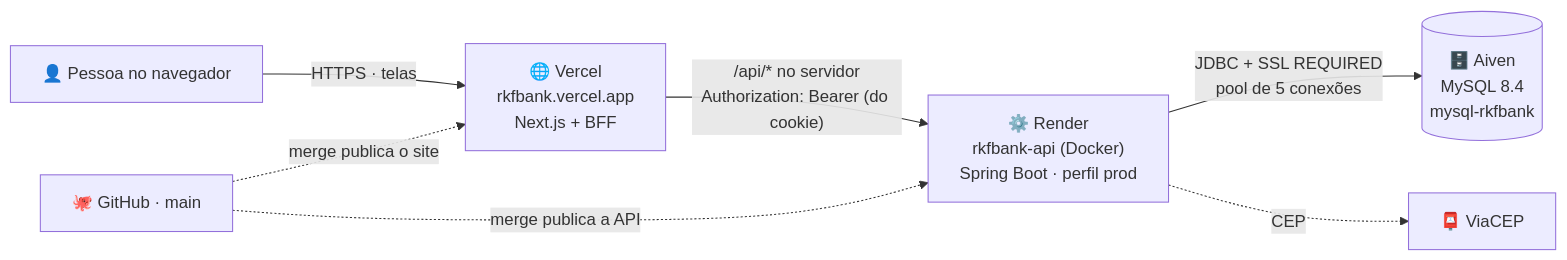
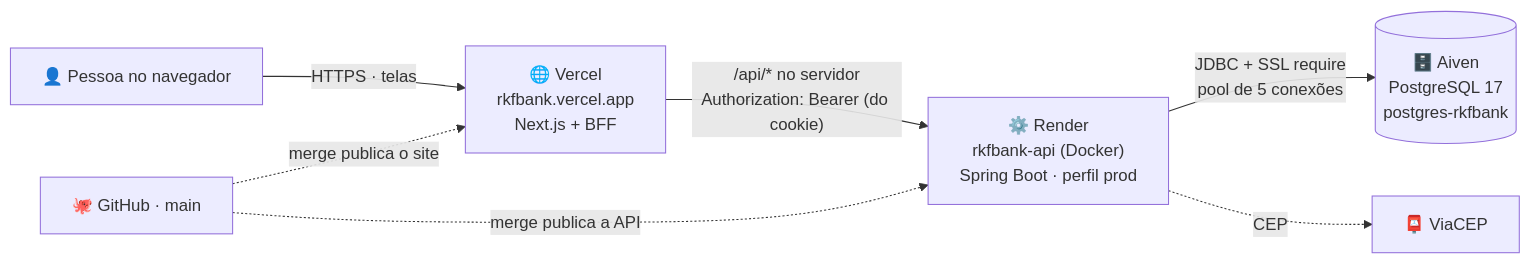
Before and after one commit to k3vinrich4rd/rkf_bank: diagram 13 of 18 in README.md, drawn with Mermaid. The commit also changed other lines of this file and 21 other files, not shown here.

First line of the commit message:
docs(banco): decisao, guia de corte e prompt do Renan para o PostgreSQL

````diff
--- a/README.md
+++ b/README.md
@@ -1436,9 +1436,9 @@
 ```mermaid
 flowchart LR
     P["👤 Pessoa no navegador"] -->|"HTTPS · telas"| V["🌐 Vercel<br/>rkfbank.vercel.app<br/>Next.js + BFF"]
     V -->|"/api/* no servidor<br/>Authorization: Bearer (do cookie)"| R["⚙️ Render<br/>rkfbank-api (Docker)<br/>Spring Boot · perfil prod"]
-    R -->|"JDBC + SSL REQUIRED<br/>pool de 5 conexões"| A[("🗄️ Aiven<br/>MySQL 8.4<br/>mysql-rkfbank")]
+    R -->|"JDBC + SSL require<br/>pool de 5 conexões"| A[("🗄️ Aiven<br/>PostgreSQL 17<br/>postgres-rkfbank")]
     R -.->|"CEP"| C["📮 ViaCEP"]
     G["🐙 GitHub · main"] -.->|"merge publica o site"| V
     G -.->|"merge publica a API"| R
 ```
````
